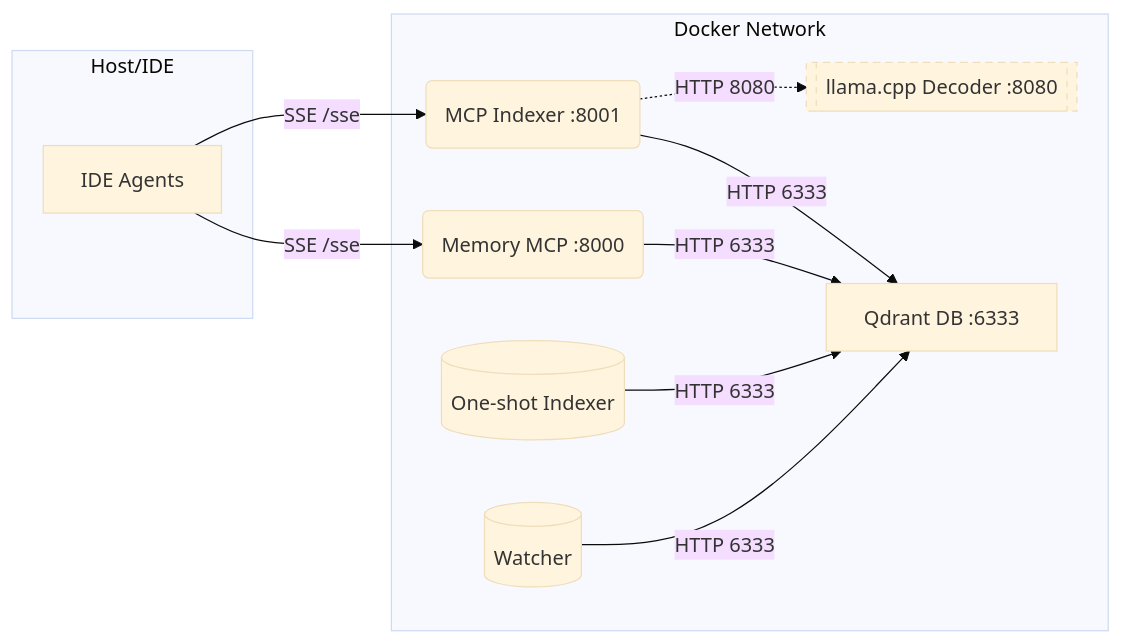
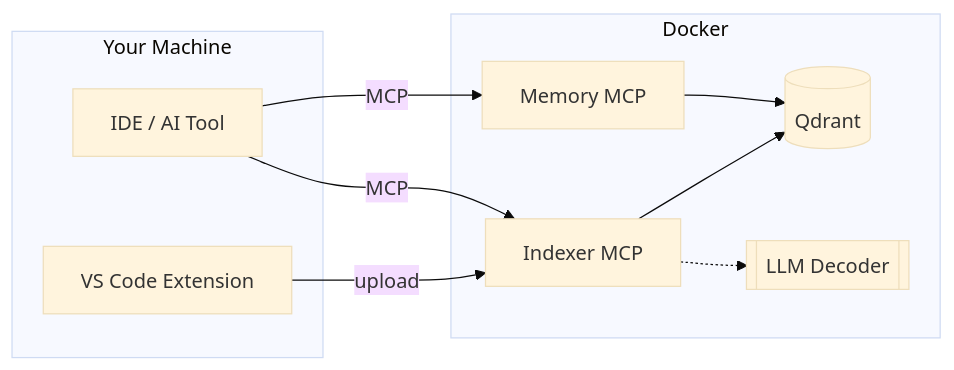
The diagram in README.md (uptonking/power-context), drawn with Mermaid (base theme) before and after one commit. The commit also changed other lines of this file, not shown here.

````diff
--- a/README.md
+++ b/README.md
@@ -313,23 +176,19 @@
 ```mermaid
 flowchart LR
-  subgraph Host/IDE
-    A[IDE Agents]
+  subgraph Your Machine
+    A[IDE / AI Tool]
+    V[VS Code Extension]
   end
-  subgraph Docker Network
-    B(Memory MCP :8000)
-    C(MCP Indexer :8001)
-    D[Qdrant DB :6333]
-    G[[llama.cpp Decoder :8080]]
-    E[(One-shot Indexer)]
-    F[(Watcher)]
+  subgraph Docker
+    I[Indexer MCP]
+    M[Memory MCP]
+    Q[(Qdrant)]
+    L[[LLM Decoder]]
   end
-  A -- SSE /sse --> B
-  A -- SSE /sse --> C
-  B -- HTTP 6333 --> D
-  C -- HTTP 6333 --> D
-  E -- HTTP 6333 --> D
-  F -- HTTP 6333 --> D
-  C -. HTTP 8080 .-> G
-  classDef opt stroke-dasharray: 5 5
-  class G opt
+  V -->|upload| I
+  A -->|MCP| I
+  A -->|MCP| M
+  I --> Q
+  M --> Q
+  I -.-> L
 ```
````
